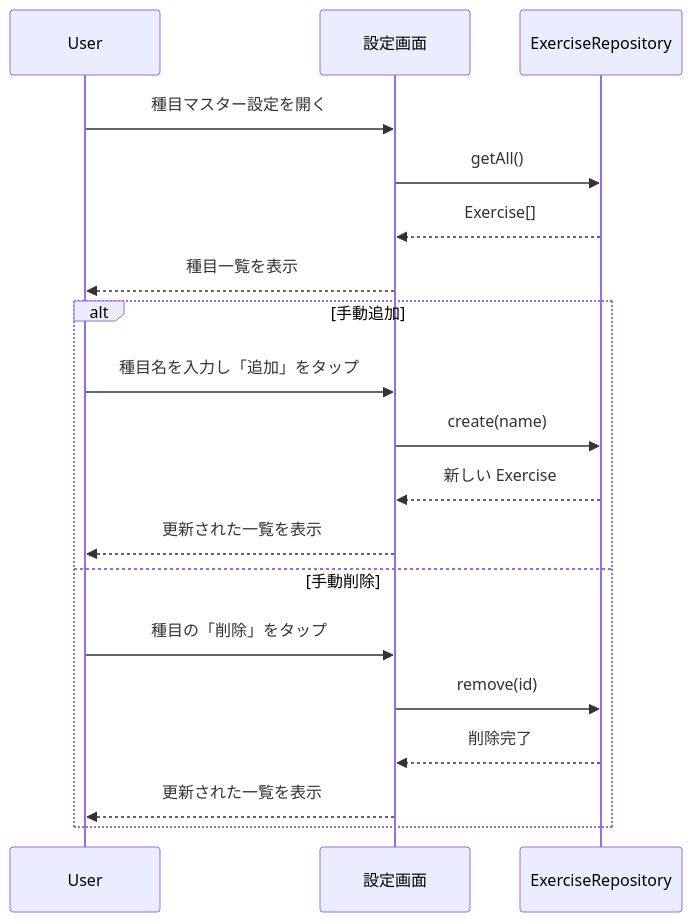
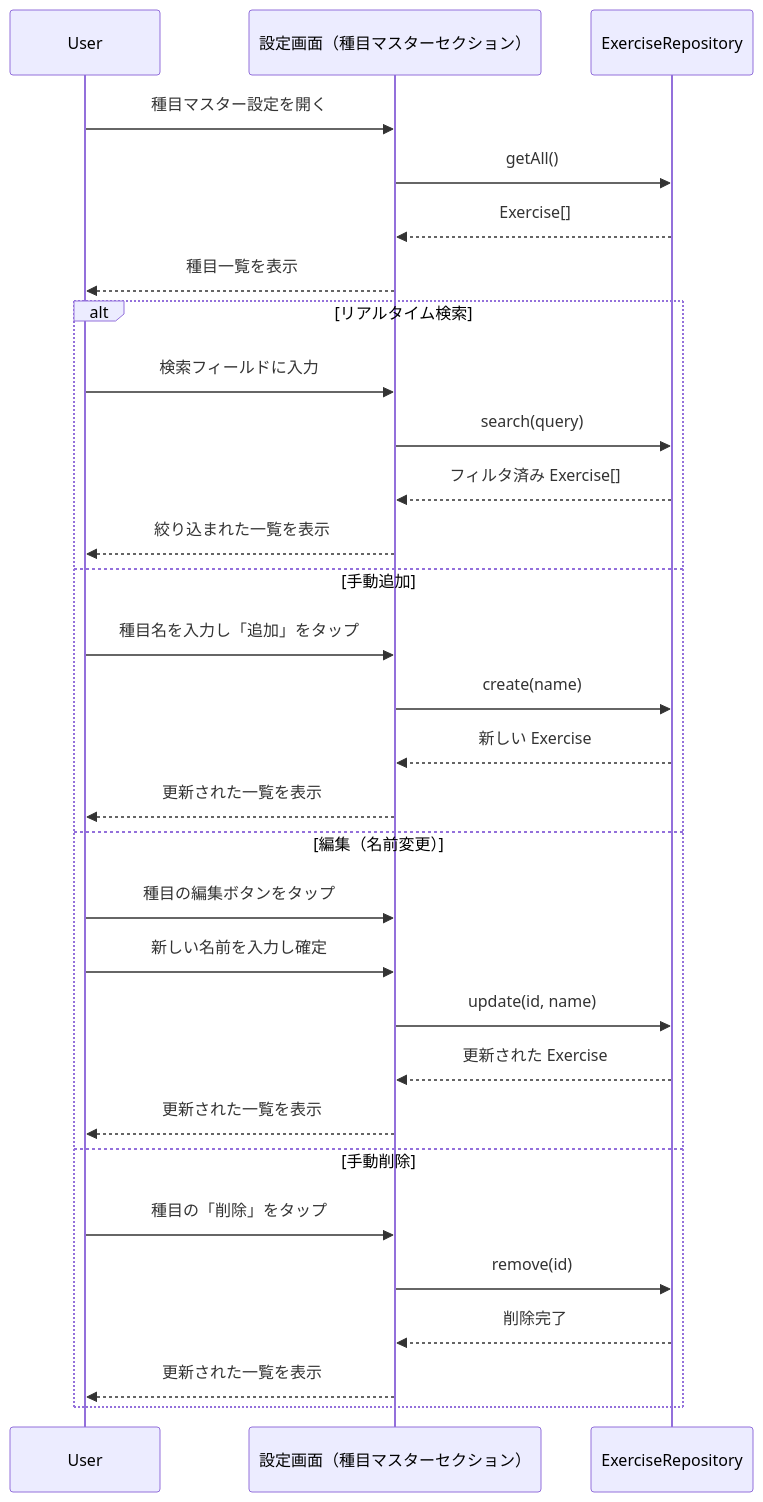
Before and after one commit to SakumaTakuya/gymini: the second of 2 diagrams in .sdd/specification/exercise-master/index_spec.md, drawn with Mermaid. The commit also changed other lines of this file and 1 other file, not shown here.

First line of the commit message:
refactor(spec): exercise-master仕様書をPRD・設定画面仕様と整合させて再生成 (#15)

````diff
--- a/.sdd/specification/exercise-master/index_spec.md
+++ b/.sdd/specification/exercise-master/index_spec.md
@@ -161,23 +174,34 @@
 ```mermaid
 sequenceDiagram
     participant User
-    participant SettingsUI as 設定画面
+    participant SettingsUI as 設定画面（種目マスターセクション）
     participant ExerciseRepository
 
     User->>SettingsUI: 種目マスター設定を開く
     SettingsUI->>ExerciseRepository: getAll()
     ExerciseRepository-->>SettingsUI: Exercise[]
     SettingsUI-->>User: 種目一覧を表示
 
-    alt 手動追加
+    alt リアルタイム検索
+        User->>SettingsUI: 検索フィールドに入力
+        SettingsUI->>ExerciseRepository: search(query)
+        ExerciseRepository-->>SettingsUI: フィルタ済み Exercise[]
+        SettingsUI-->>User: 絞り込まれた一覧を表示
+    else 手動追加
         User->>SettingsUI: 種目名を入力し「追加」をタップ
         SettingsUI->>ExerciseRepository: create(name)
         ExerciseRepository-->>SettingsUI: 新しい Exercise
+        SettingsUI-->>User: 更新された一覧を表示
+    else 編集（名前変更）
+        User->>SettingsUI: 種目の編集ボタンをタップ
+        User->>SettingsUI: 新しい名前を入力し確定
+        SettingsUI->>ExerciseRepository: update(id, name)
+        ExerciseRepository-->>SettingsUI: 更新された Exercise
         SettingsUI-->>User: 更新された一覧を表示
     else 手動削除
         User->>SettingsUI: 種目の「削除」をタップ
         SettingsUI->>ExerciseRepository: remove(id)
         ExerciseRepository-->>SettingsUI: 削除完了
         SettingsUI-->>User: 更新された一覧を表示
     end
 ```
````
